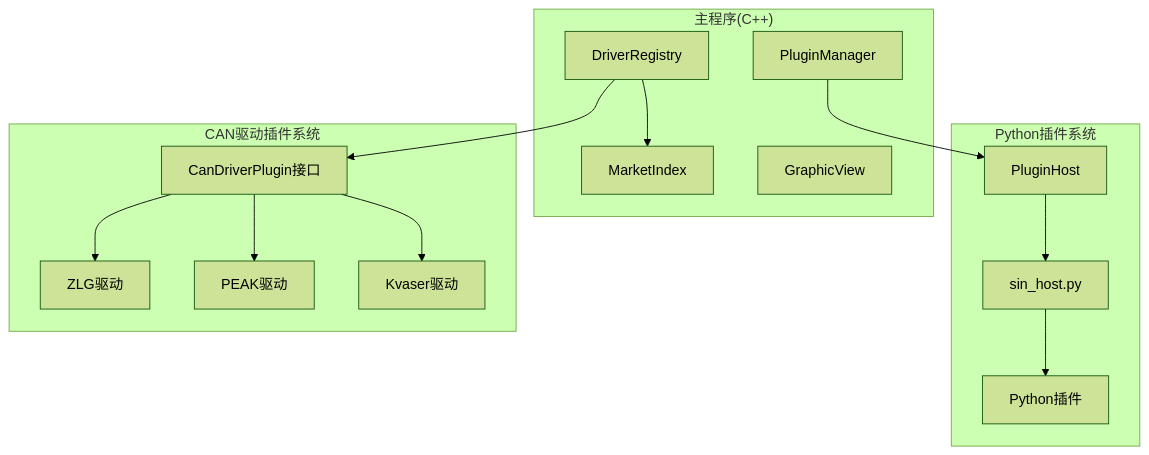
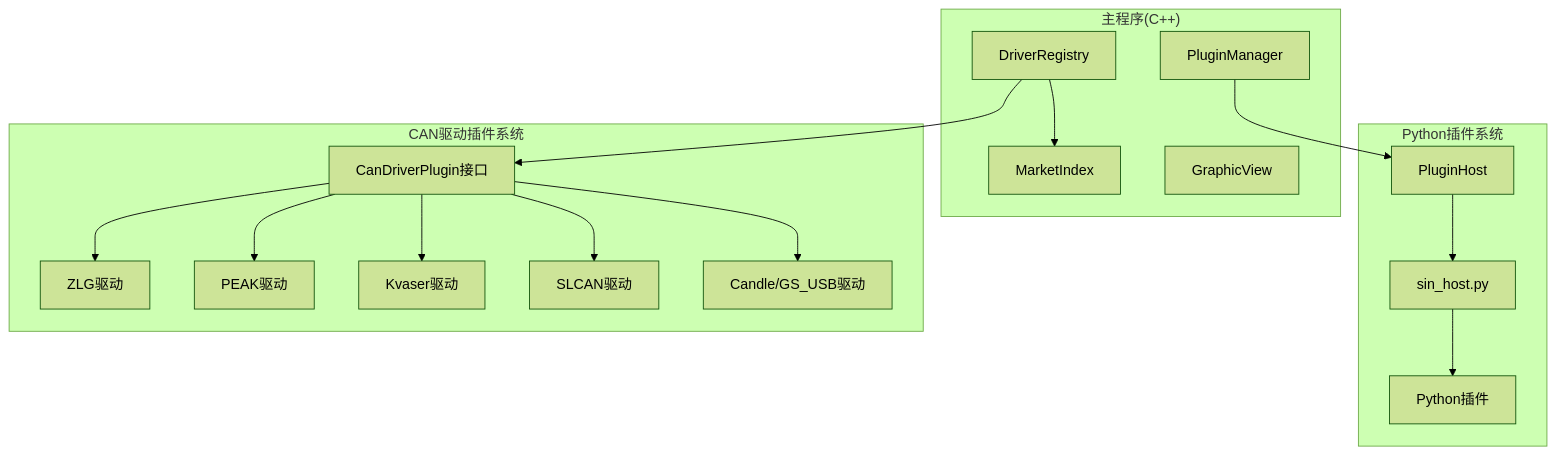
The first of 3 diagrams in .qoder/repowiki/zh/content/架构设计/插件系统架构/插件系统架构.md (jakecai1225-design/OpenBus), drawn with Mermaid (forest theme) before and after one commit. The commit also changed other lines of this file and 95 other files, not shown here.

Commit message:
图标

````diff
--- a/.qoder/repowiki/zh/content/架构设计/插件系统架构/插件系统架构.md
+++ b/.qoder/repowiki/zh/content/架构设计/插件系统架构/插件系统架构.md
@@ -65,28 +69,32 @@
 ```mermaid
 graph TB
 subgraph "主程序(C++)"
 PM["PluginManager"]
 DR["DriverRegistry"]
 MI["MarketIndex"]
 GV["GraphicView"]
 end
 subgraph "Python插件系统"
 PH["PluginHost"]
 SH["sin_host.py"]
 PLUGINS["Python插件"]
 end
 subgraph "CAN驱动插件系统"
 CDP["CanDriverPlugin接口"]
 ZLG["ZLG驱动"]
 PEAK["PEAK驱动"]
 KVASER["Kvaser驱动"]
+SLCAN["SLCAN驱动"]
+CANDLE["Candle/GS_USB驱动"]
 end
 PM --> PH
 PH --> SH
 SH --> PLUGINS
 DR --> CDP
 CDP --> ZLG
 CDP --> PEAK
 CDP --> KVASER
+CDP --> SLCAN
+CDP --> CANDLE
 DR --> MI
 ```
````
